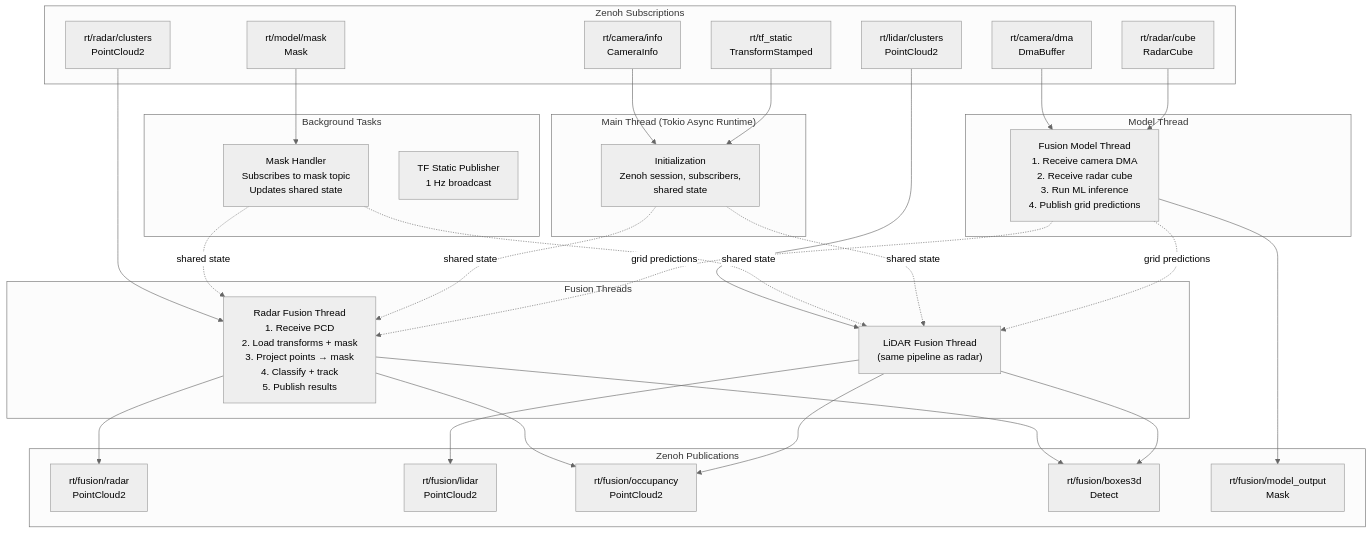
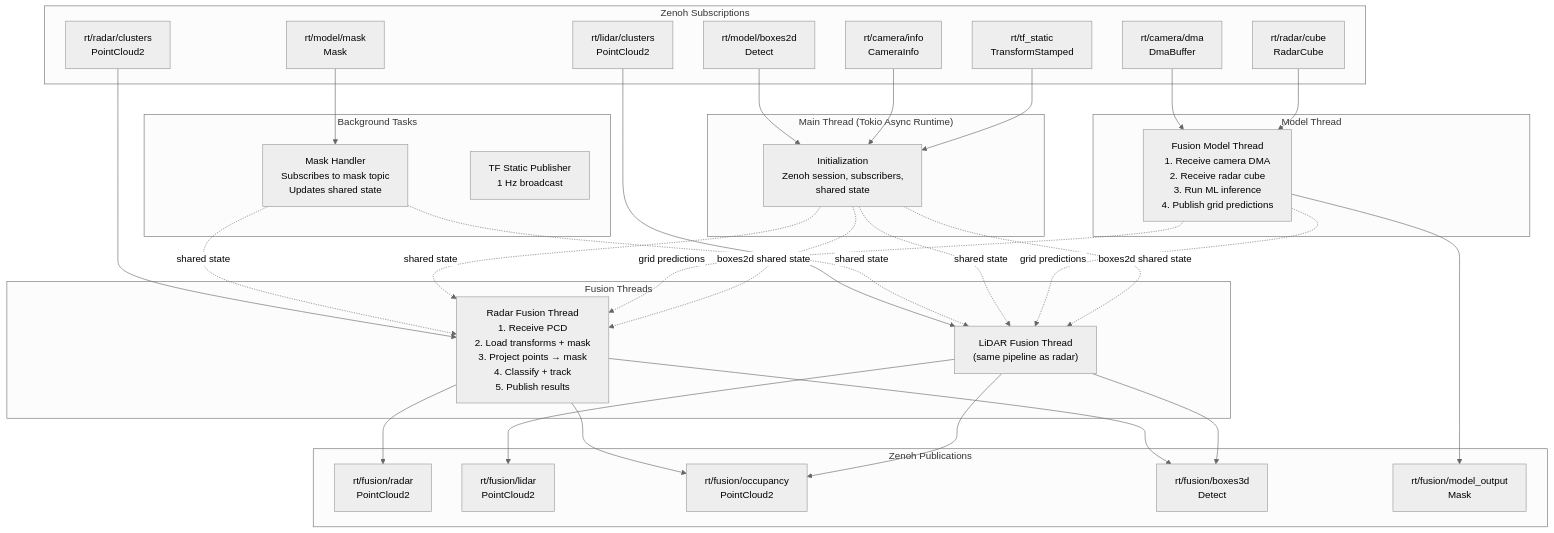
One commit to EdgeFirstAI/fusion changed the first of 2 diagrams in ARCHITECTURE.md. Above: the diagram before and after it, drawn with Mermaid (neutral theme). The commit also changed other lines of this file and 6 other files, not shown here.

````diff
--- a/ARCHITECTURE.md
+++ b/ARCHITECTURE.md
@@ -27,61 +27,65 @@
 ```mermaid
 graph TB
     subgraph "Zenoh Subscriptions"
         RadarSub["rt/radar/clusters<br/>PointCloud2"]
         LidarSub["rt/lidar/clusters<br/>PointCloud2"]
         CameraSub["rt/camera/dma<br/>DmaBuffer"]
         MaskSub["rt/model/mask<br/>Mask"]
         InfoSub["rt/camera/info<br/>CameraInfo"]
         TFSub["rt/tf_static<br/>TransformStamped"]
         CubeSub["rt/radar/cube<br/>RadarCube"]
+        Boxes2dSub["rt/model/boxes2d<br/>Detect"]
     end
 
     subgraph "Main Thread (Tokio Async Runtime)"
         Init["Initialization<br/>Zenoh session, subscribers,<br/>shared state"]
     end
 
     subgraph "Fusion Threads"
         RadarThread["Radar Fusion Thread<br/>1. Receive PCD<br/>2. Load transforms + mask<br/>3. Project points → mask<br/>4. Classify + track<br/>5. Publish results"]
         LidarThread["LiDAR Fusion Thread<br/>(same pipeline as radar)"]
     end
 
     subgraph "Model Thread"
         ModelThread["Fusion Model Thread<br/>1. Receive camera DMA<br/>2. Receive radar cube<br/>3. Run ML inference<br/>4. Publish grid predictions"]
     end
 
     subgraph "Background Tasks"
         MaskTask["Mask Handler<br/>Subscribes to mask topic<br/>Updates shared state"]
         TFTask["TF Static Publisher<br/>1 Hz broadcast"]
     end
 
     subgraph "Zenoh Publications"
         RadarOut["rt/fusion/radar<br/>PointCloud2"]
         LidarOut["rt/fusion/lidar<br/>PointCloud2"]
         GridOut["rt/fusion/occupancy<br/>PointCloud2"]
         BBoxOut["rt/fusion/boxes3d<br/>Detect"]
         ModelOut["rt/fusion/model_output<br/>Mask"]
     end
 
     RadarSub --> RadarThread
     LidarSub --> LidarThread
     CameraSub --> ModelThread
     CubeSub --> ModelThread
     MaskSub --> MaskTask
+    Boxes2dSub --> Init
     InfoSub --> Init
     TFSub --> Init
 
     RadarThread --> RadarOut
     RadarThread --> GridOut
     RadarThread --> BBoxOut
     LidarThread --> LidarOut
     LidarThread --> GridOut
     LidarThread --> BBoxOut
     ModelThread --> ModelOut
 
     MaskTask -.->|"shared state"| RadarThread
     MaskTask -.->|"shared state"| LidarThread
     Init -.->|"shared state"| RadarThread
     Init -.->|"shared state"| LidarThread
     ModelThread -.->|"grid predictions"| RadarThread
     ModelThread -.->|"grid predictions"| LidarThread
+    Init -.->|"boxes2d shared state"| RadarThread
+    Init -.->|"boxes2d shared state"| LidarThread
 ```
````
